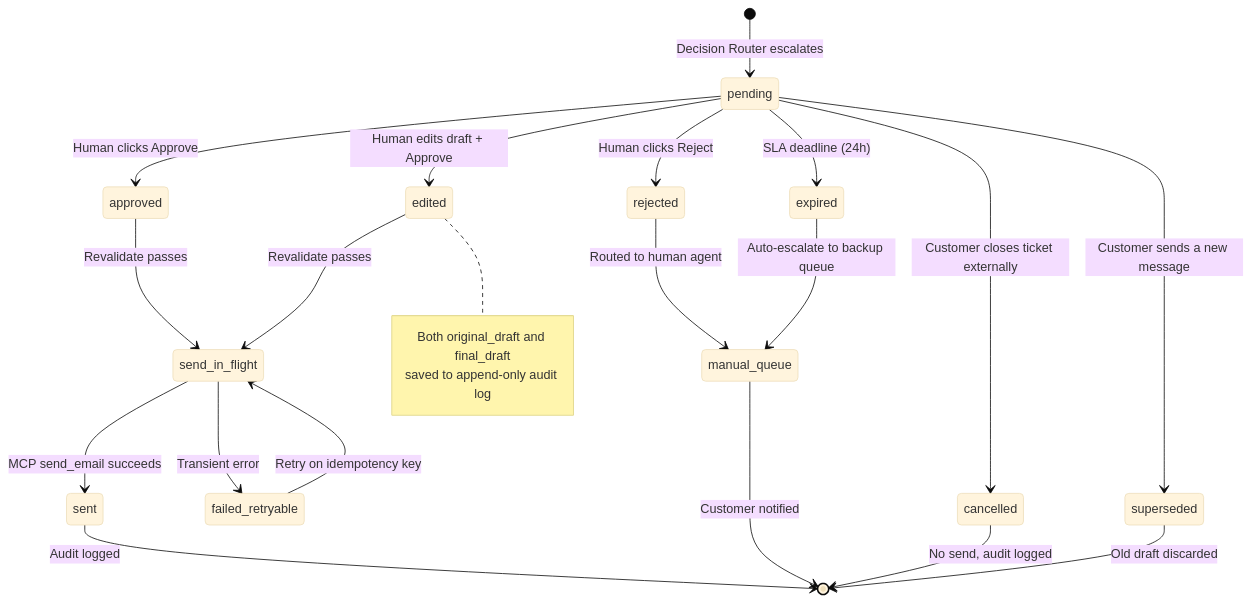
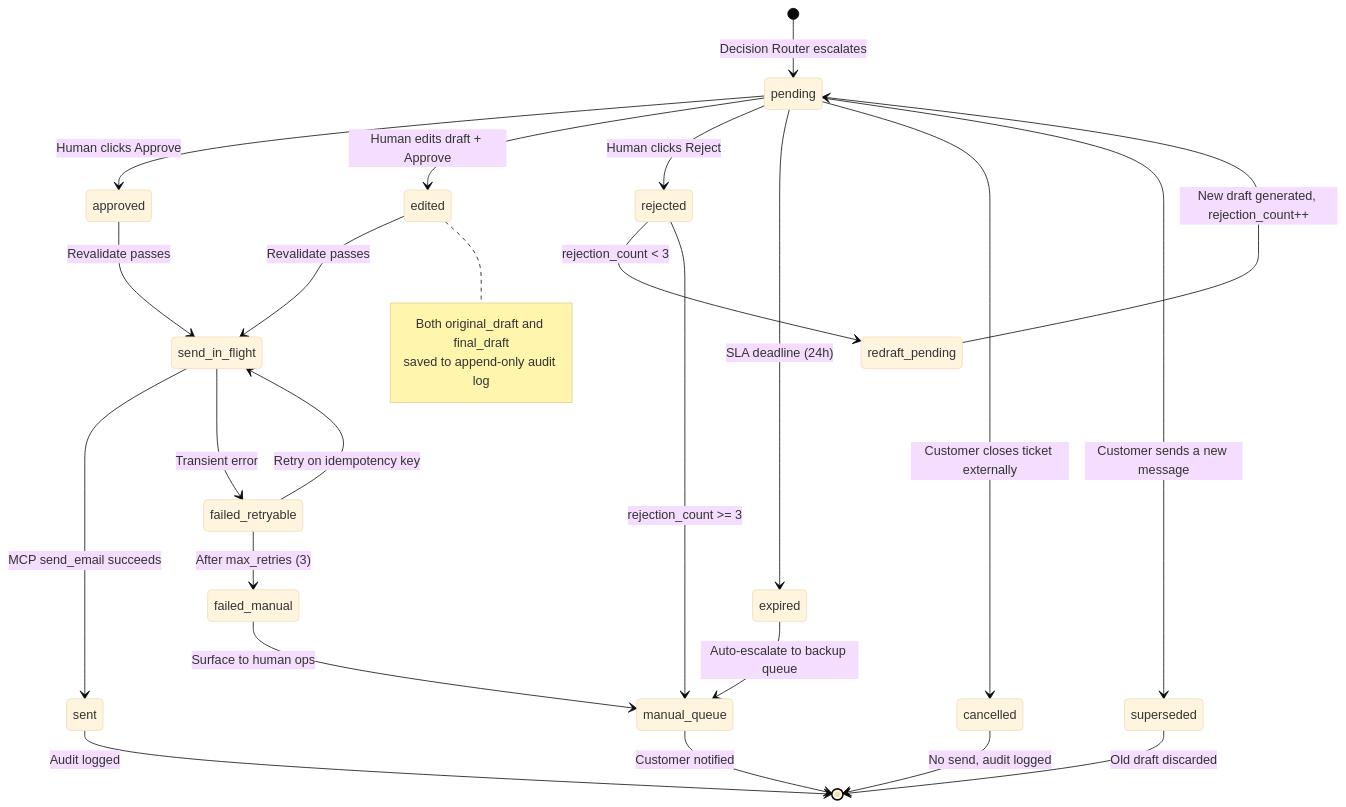
Before and after one commit to Ranjith36963/hitl-support-agent: the fourth of 4 diagrams in docs/architecture.md, drawn with Mermaid (base theme). The commit also changed other lines of this file, not shown here.

First line of the commit message:
Apply Round 2 architecture review fixes

````diff
--- a/docs/architecture.md
+++ b/docs/architecture.md
@@ -182,31 +228,36 @@
 ```mermaid
 stateDiagram-v2
     [*] --> pending: Decision Router escalates
 
     pending --> approved: Human clicks Approve
     pending --> edited: Human edits draft + Approve
     pending --> rejected: Human clicks Reject
     pending --> expired: SLA deadline (24h)
     pending --> cancelled: Customer closes ticket externally
     pending --> superseded: Customer sends a new message
+
+    rejected --> redraft_pending: rejection_count < 3
+    rejected --> manual_queue: rejection_count >= 3
+    redraft_pending --> pending: New draft generated, rejection_count++
 
     approved --> send_in_flight: Revalidate passes
     edited --> send_in_flight: Revalidate passes
 
     note right of edited
         Both original_draft and final_draft
         saved to append-only audit log
     end note
 
     send_in_flight --> sent: MCP send_email succeeds
     send_in_flight --> failed_retryable: Transient error
     failed_retryable --> send_in_flight: Retry on idempotency key
+    failed_retryable --> failed_manual: After max_retries (3)
 
-    rejected --> manual_queue: Routed to human agent
     expired --> manual_queue: Auto-escalate to backup queue
+    failed_manual --> manual_queue: Surface to human ops
     manual_queue --> [*]: Customer notified
 
     cancelled --> [*]: No send, audit logged
     superseded --> [*]: Old draft discarded
     sent --> [*]: Audit logged
 ```
````
